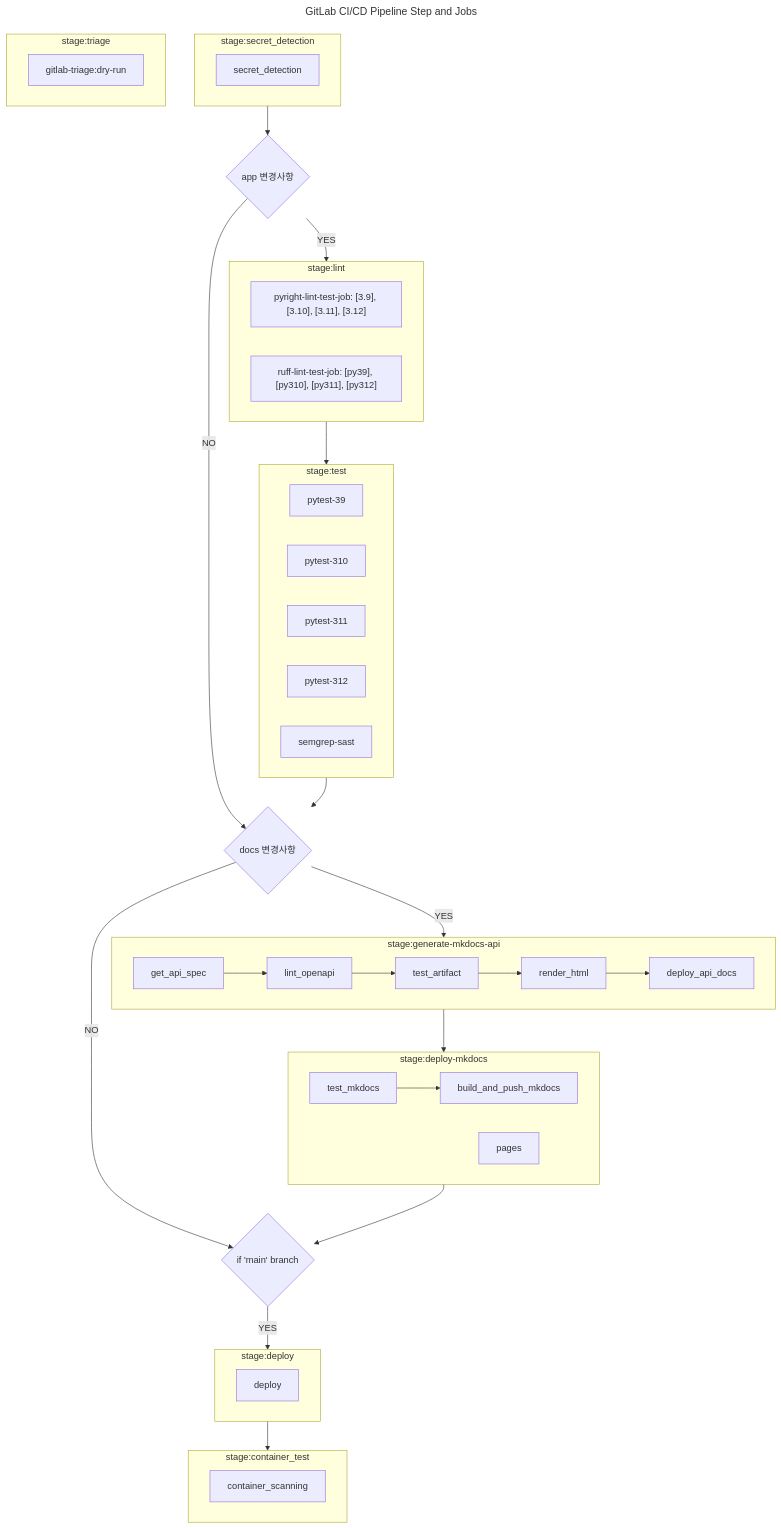
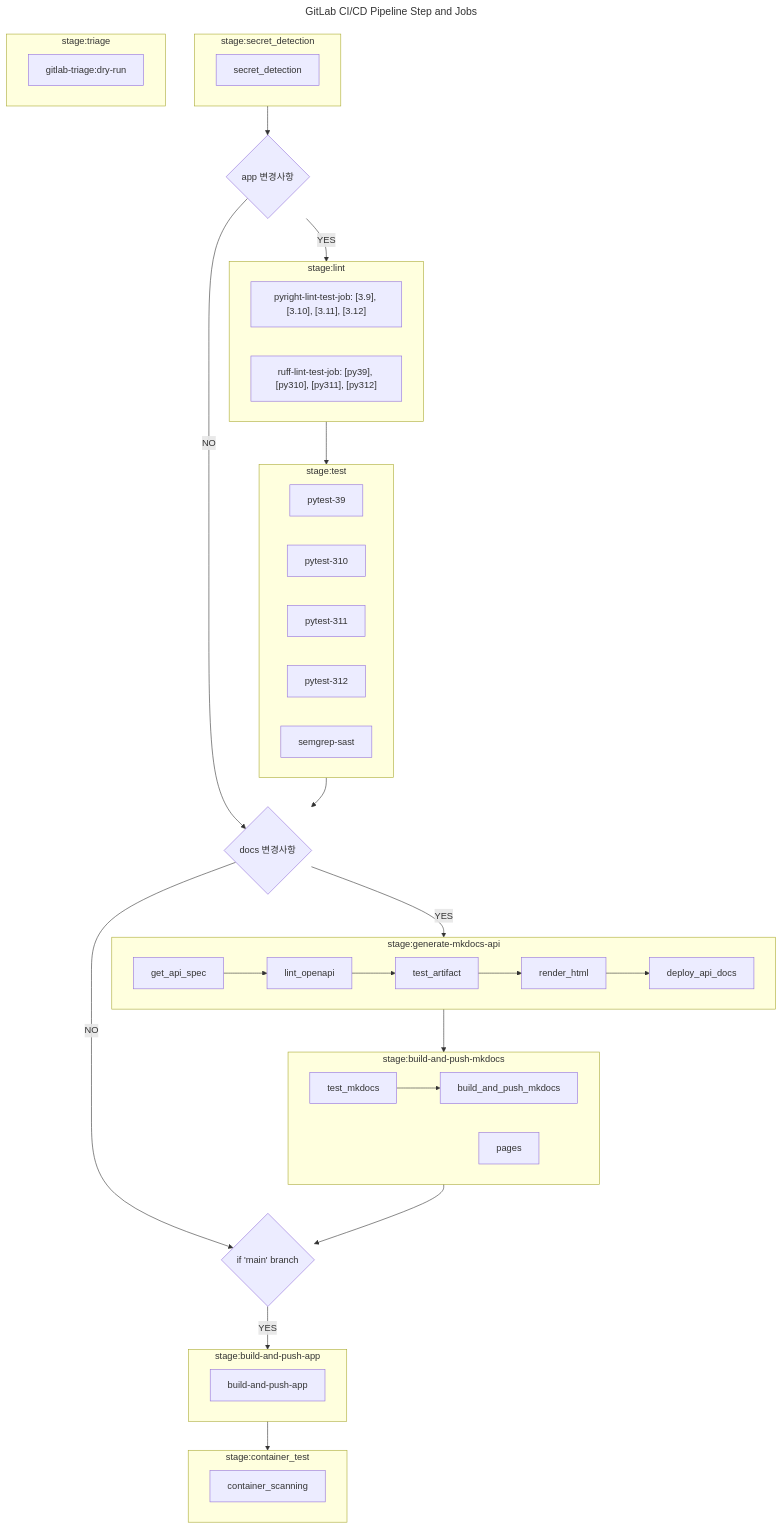
Before and after one commit to ThirdActiveDataExTech/RelationalSchemaMatching: the diagram in docs/docs/guide/ci-cd.md, drawn with Mermaid. The commit also changed 7 other files, not shown here.

Commit message:
DOCS: mkdocs 검색 기능 추가 및 GitLab CI/CD Stage, Job 이름 변경

````diff
--- a/docs/docs/guide/ci-cd.md
+++ b/docs/docs/guide/ci-cd.md
@@ -3,58 +3,58 @@
 ```mermaid
 ---
 title: GitLab CI/CD Pipeline Step and Jobs
 ---
 flowchart TD
     subgraph stage:secret_detection
 	secret_detection
 	end
 	
     subgraph stage:lint
     pyright-lint["pyright-lint-test-job: [3.9], [3.10], [3.11], [3.12]"]
     ruff-lint["ruff-lint-test-job: [py39], [py310], [py311], [py312]"]
     end
 	  
     subgraph stage:test
     pytest-39
     pytest-310
     pytest-311
     pytest-312
     semgrep-sast
     end
     
     subgraph stage:container_test
     container_scanning
     end
     
-    subgraph stage:deploy
-    deploy
+    subgraph stage:build-and-push-app
+    build-and-push-app
     end
     
     subgraph stage:triage
     gitlab-triage:dry-run
     end
     
     subgraph stage:generate-mkdocs-api
     direction LR
     get_api_spec --> lint_openapi --> test_artifact --> render_html --> deploy_api_docs
     end
     
-    subgraph stage:deploy-mkdocs
+    subgraph stage:build-and-push-mkdocs
     test_mkdocs --> build_and_push_mkdocs
     pages
     end
     
     app-change-decision@{ shape: diamond, label: "app 변경사항" }
     docs-change-decision@{ shape: diamond, label: "docs 변경사항" }
     main-branch-decision@{ shape: diamond, label: "if 'main' branch" }
     
     stage:secret_detection --> app-change-decision
     app-change-decision -- "YES" --> stage:lint
     stage:lint --> stage:test
     app-change-decision -- "NO" --> docs-change-decision
     stage:test --> docs-change-decision
-    docs-change-decision -- "YES" --> stage:generate-mkdocs-api --> stage:deploy-mkdocs --> main-branch-decision
+    docs-change-decision -- "YES" --> stage:generate-mkdocs-api --> stage:build-and-push-mkdocs --> main-branch-decision
     docs-change-decision -- "NO" -->  main-branch-decision
-    main-branch-decision -- "YES" --> stage:deploy
-    stage:deploy --> stage:container_test
+    main-branch-decision -- "YES" --> stage:build-and-push-app
+    stage:build-and-push-app --> stage:container_test
 ```
````
